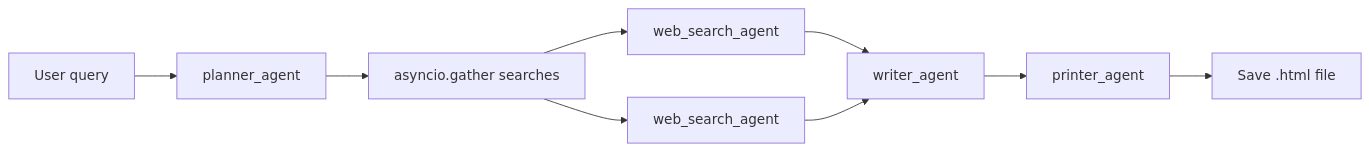
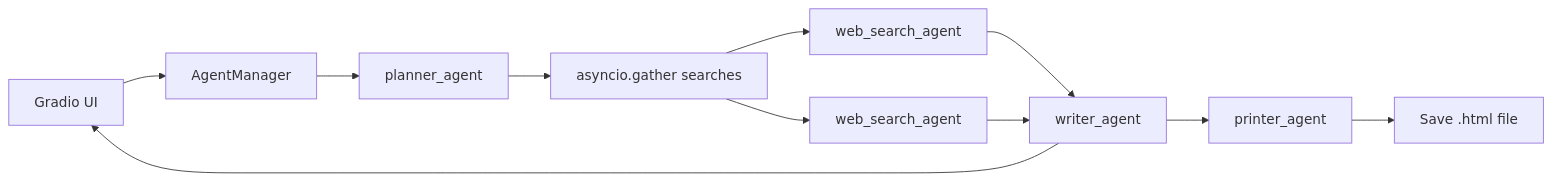
The diagram in README.md (rishabhToshniwal/research-agent), drawn with Mermaid before and after one commit. The commit also changed other lines of this file and 10 other files, not shown here.

````diff
--- a/README.md
+++ b/README.md
@@ -12,11 +14,13 @@
 ```mermaid
 flowchart LR
-    query[User query] --> planner[planner_agent]
+    ui[Gradio UI] --> manager[AgentManager]
+    manager --> planner[planner_agent]
     planner --> gather[asyncio.gather searches]
     gather --> search1[web_search_agent]
     gather --> search2[web_search_agent]
     search1 --> writer[writer_agent]
     search2 --> writer
     writer --> printer[printer_agent]
     printer --> html[Save .html file]
+    writer --> ui
 ```
````
